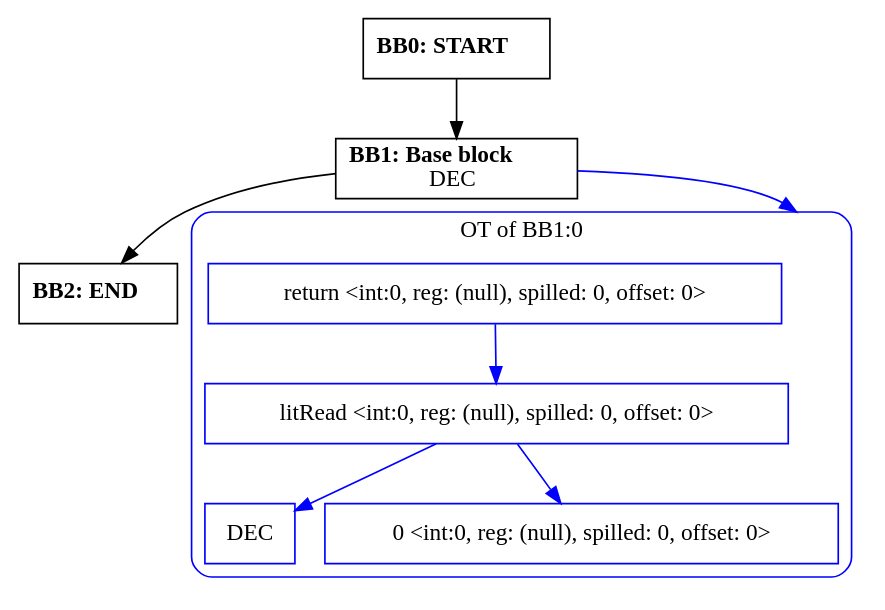
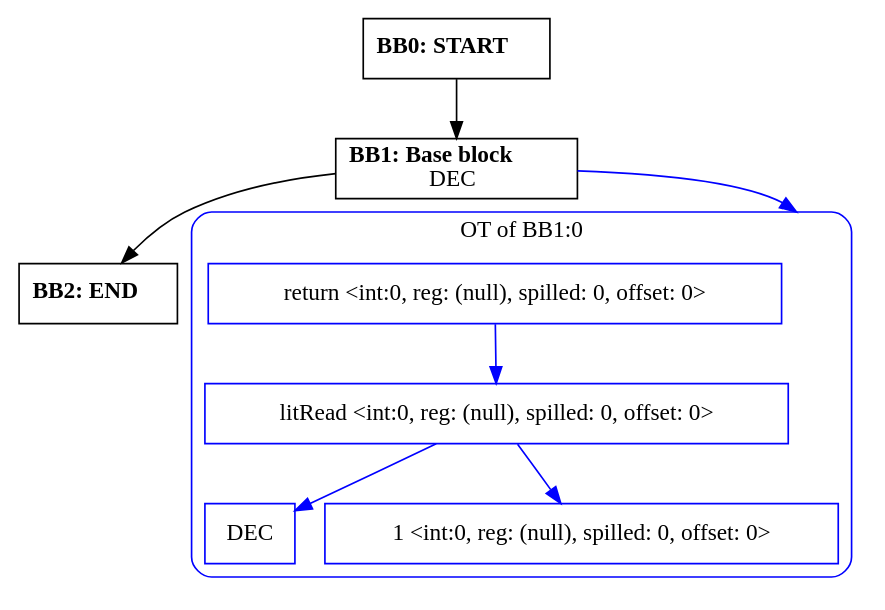
The diagram in outputs/cfg/oop1.parentMethod2.dot (zavar152-cv/myLang-oop-compiler), drawn with Graphviz before and after one commit. The commit also changed 62 other files, not shown here.

```diff
--- a/outputs/cfg/oop1.parentMethod2.dot
+++ b/outputs/cfg/oop1.parentMethod2.dot
@@ -1,26 +1,26 @@
 digraph CFG {
     compound=true;
     graph [splines=true];
     node [shape=rectangle];
 
     BB2 [label=<<B>BB2: END</B><BR ALIGN="CENTER"/>>];
     BB1 [label=<<B>BB1: Base block</B><BR ALIGN="CENTER"/>DEC<BR ALIGN="CENTER"/>>];
     subgraph cluster_instruction0 {
         label = "OT of BB1:0";
         style=rounded;
         color=blue;
         entry0 [shape=point, style=invis];
         node0 [label="return <int:0, reg: (null), spilled: 0, offset: 0>", color=blue];
         node1 [label="litRead <int:0, reg: (null), spilled: 0, offset: 0>", color=blue];
         node2 [label="DEC", color=blue];
         node1 -> node2[color=blue];
-        node3 [label="0 <int:0, reg: (null), spilled: 0, offset: 0>", color=blue];
+        node3 [label="1 <int:0, reg: (null), spilled: 0, offset: 0>", color=blue];
         node1 -> node3[color=blue];
         node0 -> node1[color=blue];
     }
     BB1 -> entry0 [lhead=cluster_instruction0, color=blue];
     BB0 [label=<<B>BB0: START</B><BR ALIGN="CENTER"/>>];
 
     BB1 -> BB2;
     BB0 -> BB1;
 }
```
